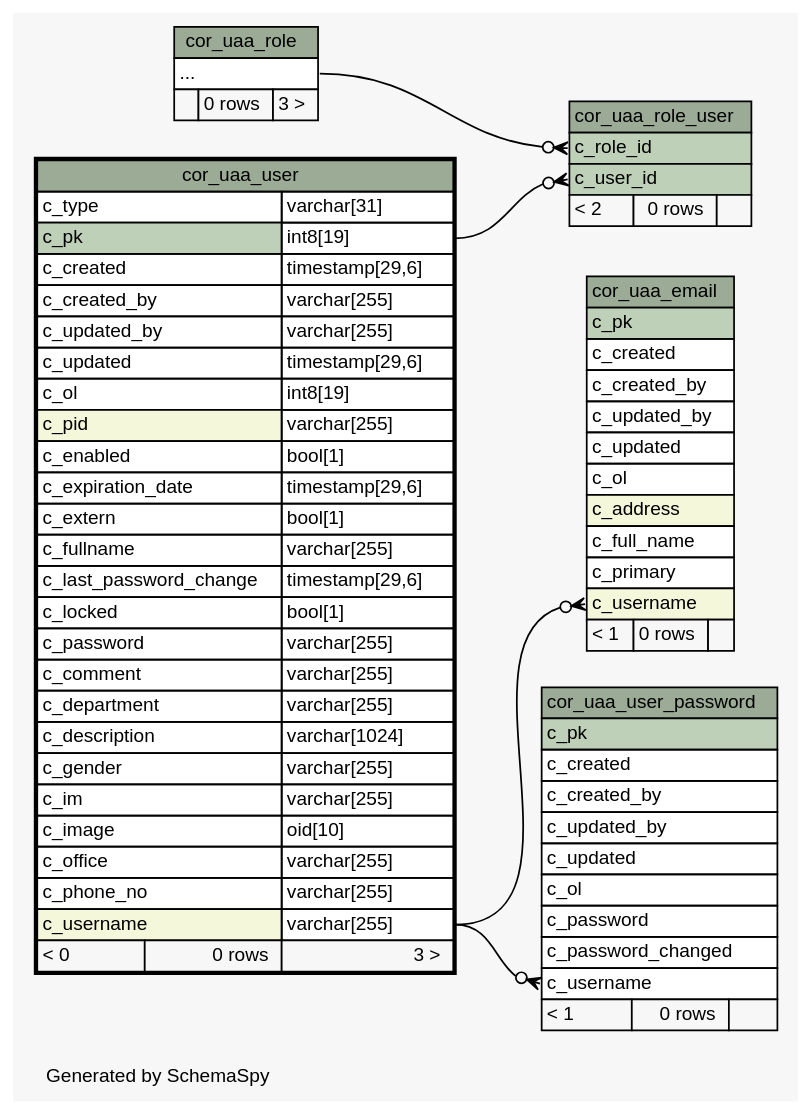
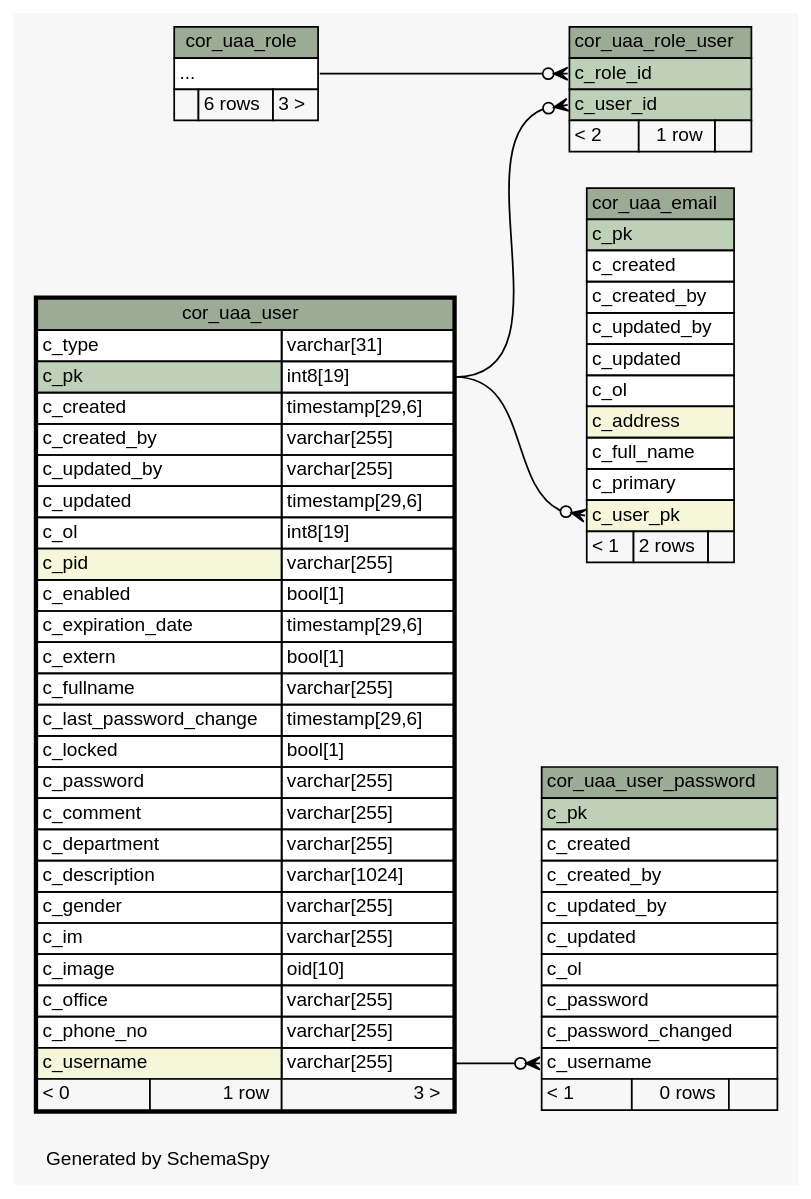
The diagram in 2.0.0-SNAPSHOT/schemaspy/diagrams/cor_uaa_user.2degrees.dot (openwms/org.openwms.core.uaa), drawn with Graphviz before and after one commit. The commit also changed 309 other files, not shown here.

```diff
--- a/2.0.0-SNAPSHOT/schemaspy/diagrams/cor_uaa_user.2degrees.dot
+++ b/2.0.0-SNAPSHOT/schemaspy/diagrams/cor_uaa_user.2degrees.dot
@@ -1,117 +1,117 @@
 // dot 2.43.0 on Linux 5.15.0-1020-azure
 // SchemaSpy rev Unknown
 digraph "twoDegreesRelationshipsDiagram" {
   graph [
     rankdir="RL"
     bgcolor="#f7f7f7"
     label="\nGenerated by SchemaSpy"
     labeljust="l"
     nodesep="0.18"
     ranksep="0.46"
     fontname="Helvetica"
     fontsize="11"
   ];
   node [
     fontname="Helvetica"
     fontsize="11"
     shape="plaintext"
   ];
   edge [
     arrowsize="0.8"
   ];
-  "cor_uaa_email":"c_username":w -> "cor_uaa_user":"c_username.type":e [arrowhead=none dir=back arrowtail=crowodot];
+  "cor_uaa_email":"c_user_pk":w -> "cor_uaa_user":"c_pk.type":e [arrowhead=none dir=back arrowtail=crowodot];
   "cor_uaa_role_user":"c_role_id":w -> "cor_uaa_role":"elipses":e [arrowhead=none dir=back arrowtail=crowodot];
   "cor_uaa_role_user":"c_user_id":w -> "cor_uaa_user":"c_pk.type":e [arrowhead=none dir=back arrowtail=crowodot];
   "cor_uaa_user_password":"c_username":w -> "cor_uaa_user":"c_username.type":e [arrowhead=none dir=back arrowtail=crowodot];
   "cor_uaa_email" [
     label=<
     <TABLE BORDER="0" CELLBORDER="1" CELLSPACING="0" BGCOLOR="#ffffff">
       <TR><TD COLSPAN="3" BGCOLOR="#9bab96" ALIGN="CENTER">cor_uaa_email</TD></TR>
       <TR><TD PORT="c_pk" COLSPAN="3" BGCOLOR="#bed1b8" ALIGN="LEFT">c_pk</TD></TR>
       <TR><TD PORT="c_created" COLSPAN="3" ALIGN="LEFT">c_created</TD></TR>
       <TR><TD PORT="c_created_by" COLSPAN="3" ALIGN="LEFT">c_created_by</TD></TR>
       <TR><TD PORT="c_updated_by" COLSPAN="3" ALIGN="LEFT">c_updated_by</TD></TR>
       <TR><TD PORT="c_updated" COLSPAN="3" ALIGN="LEFT">c_updated</TD></TR>
       <TR><TD PORT="c_ol" COLSPAN="3" ALIGN="LEFT">c_ol</TD></TR>
       <TR><TD PORT="c_address" COLSPAN="3" BGCOLOR="#f4f7da" ALIGN="LEFT">c_address</TD></TR>
       <TR><TD PORT="c_full_name" COLSPAN="3" ALIGN="LEFT">c_full_name</TD></TR>
       <TR><TD PORT="c_primary" COLSPAN="3" ALIGN="LEFT">c_primary</TD></TR>
-      <TR><TD PORT="c_username" COLSPAN="3" BGCOLOR="#f4f7da" ALIGN="LEFT">c_username</TD></TR>
-      <TR><TD ALIGN="LEFT" BGCOLOR="#f7f7f7">&lt; 1</TD><TD ALIGN="RIGHT" BGCOLOR="#f7f7f7">0 rows</TD><TD ALIGN="RIGHT" BGCOLOR="#f7f7f7">  </TD></TR>
+      <TR><TD PORT="c_user_pk" COLSPAN="3" BGCOLOR="#f4f7da" ALIGN="LEFT">c_user_pk</TD></TR>
+      <TR><TD ALIGN="LEFT" BGCOLOR="#f7f7f7">&lt; 1</TD><TD ALIGN="RIGHT" BGCOLOR="#f7f7f7">2 rows</TD><TD ALIGN="RIGHT" BGCOLOR="#f7f7f7">  </TD></TR>
     </TABLE>>
     URL="cor_uaa_email.html"
     tooltip="cor_uaa_email"
   ];
   "cor_uaa_role" [
     label=<
     <TABLE BORDER="0" CELLBORDER="1" CELLSPACING="0" BGCOLOR="#ffffff">
       <TR><TD COLSPAN="3" BGCOLOR="#9bab96" ALIGN="CENTER">cor_uaa_role</TD></TR>
       <TR><TD PORT="elipses" COLSPAN="3" ALIGN="LEFT">...</TD></TR>
-      <TR><TD ALIGN="LEFT" BGCOLOR="#f7f7f7">  </TD><TD ALIGN="RIGHT" BGCOLOR="#f7f7f7">0 rows</TD><TD ALIGN="RIGHT" BGCOLOR="#f7f7f7">3 &gt;</TD></TR>
+      <TR><TD ALIGN="LEFT" BGCOLOR="#f7f7f7">  </TD><TD ALIGN="RIGHT" BGCOLOR="#f7f7f7">6 rows</TD><TD ALIGN="RIGHT" BGCOLOR="#f7f7f7">3 &gt;</TD></TR>
     </TABLE>>
     URL="cor_uaa_role.html"
     tooltip="cor_uaa_role"
   ];
   "cor_uaa_role_user" [
     label=<
     <TABLE BORDER="0" CELLBORDER="1" CELLSPACING="0" BGCOLOR="#ffffff">
       <TR><TD COLSPAN="3" BGCOLOR="#9bab96" ALIGN="CENTER">cor_uaa_role_user</TD></TR>
       <TR><TD PORT="c_role_id" COLSPAN="3" BGCOLOR="#bed1b8" ALIGN="LEFT">c_role_id</TD></TR>
       <TR><TD PORT="c_user_id" COLSPAN="3" BGCOLOR="#bed1b8" ALIGN="LEFT">c_user_id</TD></TR>
-      <TR><TD ALIGN="LEFT" BGCOLOR="#f7f7f7">&lt; 2</TD><TD ALIGN="RIGHT" BGCOLOR="#f7f7f7">0 rows</TD><TD ALIGN="RIGHT" BGCOLOR="#f7f7f7">  </TD></TR>
+      <TR><TD ALIGN="LEFT" BGCOLOR="#f7f7f7">&lt; 2</TD><TD ALIGN="RIGHT" BGCOLOR="#f7f7f7">1 row</TD><TD ALIGN="RIGHT" BGCOLOR="#f7f7f7">  </TD></TR>
     </TABLE>>
     URL="cor_uaa_role_user.html"
     tooltip="cor_uaa_role_user"
   ];
   "cor_uaa_user" [
     label=<
     <TABLE BORDER="2" CELLBORDER="1" CELLSPACING="0" BGCOLOR="#ffffff">
       <TR><TD COLSPAN="3" BGCOLOR="#9bab96" ALIGN="CENTER">cor_uaa_user</TD></TR>
       <TR><TD PORT="c_type" COLSPAN="2" ALIGN="LEFT">c_type</TD><TD PORT="c_type.type" ALIGN="LEFT">varchar[31]</TD></TR>
       <TR><TD PORT="c_pk" COLSPAN="2" BGCOLOR="#bed1b8" ALIGN="LEFT">c_pk</TD><TD PORT="c_pk.type" ALIGN="LEFT">int8[19]</TD></TR>
       <TR><TD PORT="c_created" COLSPAN="2" ALIGN="LEFT">c_created</TD><TD PORT="c_created.type" ALIGN="LEFT">timestamp[29,6]</TD></TR>
       <TR><TD PORT="c_created_by" COLSPAN="2" ALIGN="LEFT">c_created_by</TD><TD PORT="c_created_by.type" ALIGN="LEFT">varchar[255]</TD></TR>
       <TR><TD PORT="c_updated_by" COLSPAN="2" ALIGN="LEFT">c_updated_by</TD><TD PORT="c_updated_by.type" ALIGN="LEFT">varchar[255]</TD></TR>
       <TR><TD PORT="c_updated" COLSPAN="2" ALIGN="LEFT">c_updated</TD><TD PORT="c_updated.type" ALIGN="LEFT">timestamp[29,6]</TD></TR>
       <TR><TD PORT="c_ol" COLSPAN="2" ALIGN="LEFT">c_ol</TD><TD PORT="c_ol.type" ALIGN="LEFT">int8[19]</TD></TR>
       <TR><TD PORT="c_pid" COLSPAN="2" BGCOLOR="#f4f7da" ALIGN="LEFT">c_pid</TD><TD PORT="c_pid.type" ALIGN="LEFT">varchar[255]</TD></TR>
       <TR><TD PORT="c_enabled" COLSPAN="2" ALIGN="LEFT">c_enabled</TD><TD PORT="c_enabled.type" ALIGN="LEFT">bool[1]</TD></TR>
       <TR><TD PORT="c_expiration_date" COLSPAN="2" ALIGN="LEFT">c_expiration_date</TD><TD PORT="c_expiration_date.type" ALIGN="LEFT">timestamp[29,6]</TD></TR>
       <TR><TD PORT="c_extern" COLSPAN="2" ALIGN="LEFT">c_extern</TD><TD PORT="c_extern.type" ALIGN="LEFT">bool[1]</TD></TR>
       <TR><TD PORT="c_fullname" COLSPAN="2" ALIGN="LEFT">c_fullname</TD><TD PORT="c_fullname.type" ALIGN="LEFT">varchar[255]</TD></TR>
       <TR><TD PORT="c_last_password_change" COLSPAN="2" ALIGN="LEFT">c_last_password_change</TD><TD PORT="c_last_password_change.type" ALIGN="LEFT">timestamp[29,6]</TD></TR>
       <TR><TD PORT="c_locked" COLSPAN="2" ALIGN="LEFT">c_locked</TD><TD PORT="c_locked.type" ALIGN="LEFT">bool[1]</TD></TR>
       <TR><TD PORT="c_password" COLSPAN="2" ALIGN="LEFT">c_password</TD><TD PORT="c_password.type" ALIGN="LEFT">varchar[255]</TD></TR>
       <TR><TD PORT="c_comment" COLSPAN="2" ALIGN="LEFT">c_comment</TD><TD PORT="c_comment.type" ALIGN="LEFT">varchar[255]</TD></TR>
       <TR><TD PORT="c_department" COLSPAN="2" ALIGN="LEFT">c_department</TD><TD PORT="c_department.type" ALIGN="LEFT">varchar[255]</TD></TR>
       <TR><TD PORT="c_description" COLSPAN="2" ALIGN="LEFT">c_description</TD><TD PORT="c_description.type" ALIGN="LEFT">varchar[1024]</TD></TR>
       <TR><TD PORT="c_gender" COLSPAN="2" ALIGN="LEFT">c_gender</TD><TD PORT="c_gender.type" ALIGN="LEFT">varchar[255]</TD></TR>
       <TR><TD PORT="c_im" COLSPAN="2" ALIGN="LEFT">c_im</TD><TD PORT="c_im.type" ALIGN="LEFT">varchar[255]</TD></TR>
       <TR><TD PORT="c_image" COLSPAN="2" ALIGN="LEFT">c_image</TD><TD PORT="c_image.type" ALIGN="LEFT">oid[10]</TD></TR>
       <TR><TD PORT="c_office" COLSPAN="2" ALIGN="LEFT">c_office</TD><TD PORT="c_office.type" ALIGN="LEFT">varchar[255]</TD></TR>
       <TR><TD PORT="c_phone_no" COLSPAN="2" ALIGN="LEFT">c_phone_no</TD><TD PORT="c_phone_no.type" ALIGN="LEFT">varchar[255]</TD></TR>
       <TR><TD PORT="c_username" COLSPAN="2" BGCOLOR="#f4f7da" ALIGN="LEFT">c_username</TD><TD PORT="c_username.type" ALIGN="LEFT">varchar[255]</TD></TR>
-      <TR><TD ALIGN="LEFT" BGCOLOR="#f7f7f7">&lt; 0</TD><TD ALIGN="RIGHT" BGCOLOR="#f7f7f7">0 rows</TD><TD ALIGN="RIGHT" BGCOLOR="#f7f7f7">3 &gt;</TD></TR>
+      <TR><TD ALIGN="LEFT" BGCOLOR="#f7f7f7">&lt; 0</TD><TD ALIGN="RIGHT" BGCOLOR="#f7f7f7">1 row</TD><TD ALIGN="RIGHT" BGCOLOR="#f7f7f7">3 &gt;</TD></TR>
     </TABLE>>
     URL="cor_uaa_user.html"
     tooltip="cor_uaa_user"
   ];
   "cor_uaa_user_password" [
     label=<
     <TABLE BORDER="0" CELLBORDER="1" CELLSPACING="0" BGCOLOR="#ffffff">
       <TR><TD COLSPAN="3" BGCOLOR="#9bab96" ALIGN="CENTER">cor_uaa_user_password</TD></TR>
       <TR><TD PORT="c_pk" COLSPAN="3" BGCOLOR="#bed1b8" ALIGN="LEFT">c_pk</TD></TR>
       <TR><TD PORT="c_created" COLSPAN="3" ALIGN="LEFT">c_created</TD></TR>
       <TR><TD PORT="c_created_by" COLSPAN="3" ALIGN="LEFT">c_created_by</TD></TR>
       <TR><TD PORT="c_updated_by" COLSPAN="3" ALIGN="LEFT">c_updated_by</TD></TR>
       <TR><TD PORT="c_updated" COLSPAN="3" ALIGN="LEFT">c_updated</TD></TR>
       <TR><TD PORT="c_ol" COLSPAN="3" ALIGN="LEFT">c_ol</TD></TR>
       <TR><TD PORT="c_password" COLSPAN="3" ALIGN="LEFT">c_password</TD></TR>
       <TR><TD PORT="c_password_changed" COLSPAN="3" ALIGN="LEFT">c_password_changed</TD></TR>
       <TR><TD PORT="c_username" COLSPAN="3" ALIGN="LEFT">c_username</TD></TR>
       <TR><TD ALIGN="LEFT" BGCOLOR="#f7f7f7">&lt; 1</TD><TD ALIGN="RIGHT" BGCOLOR="#f7f7f7">0 rows</TD><TD ALIGN="RIGHT" BGCOLOR="#f7f7f7">  </TD></TR>
     </TABLE>>
     URL="cor_uaa_user_password.html"
     tooltip="cor_uaa_user_password"
   ];
 }
```
